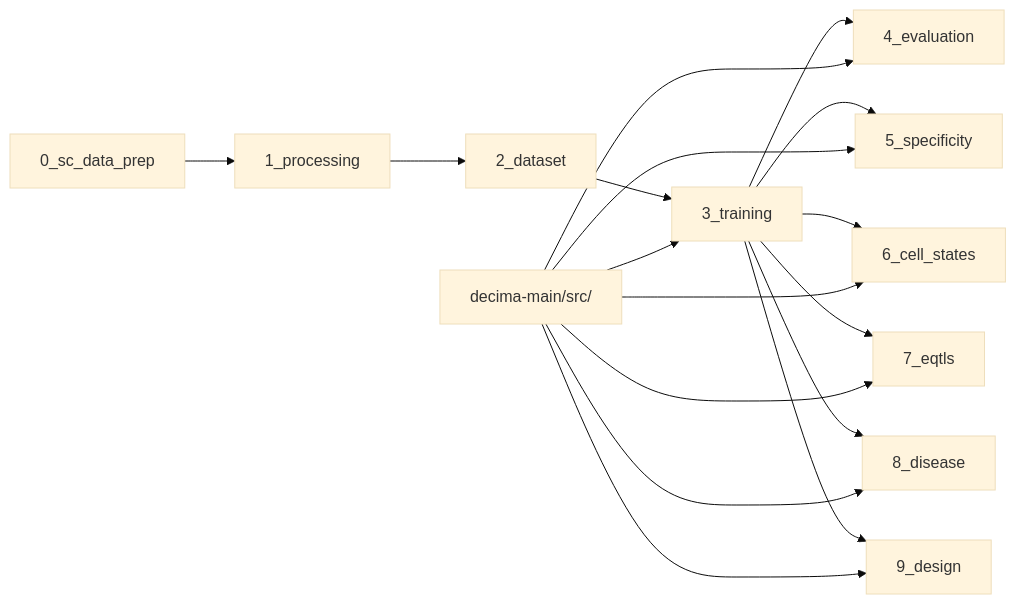
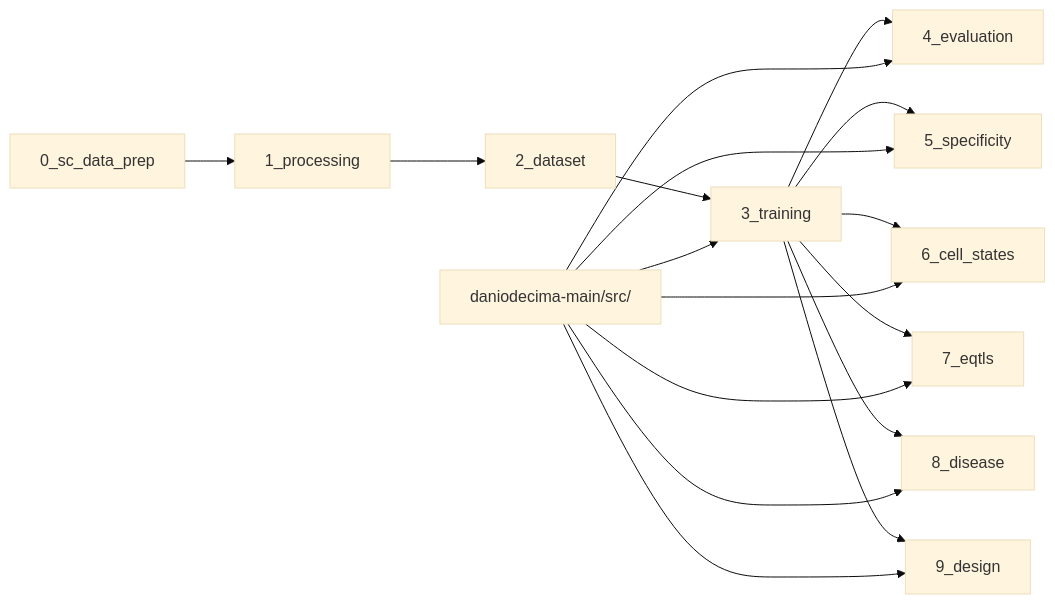
The second of 3 diagrams in documents/DECIMA_STRUCTURE_ANALYSIS.md (czbiohub-sf/DanioDecima), drawn with Mermaid (base theme) before and after one commit. The commit also changed other lines of this file and 29 other files, not shown here.

````diff
--- a/documents/DECIMA_STRUCTURE_ANALYSIS.md
+++ b/documents/DECIMA_STRUCTURE_ANALYSIS.md
@@ -165,20 +165,20 @@
 ```mermaid
 graph LR
     A[0_sc_data_prep] --> B[1_processing]
     B --> C[2_dataset]
     C --> D[3_training]
     D --> E[4_evaluation]
     D --> F[5_specificity]
     D --> G[6_cell_states]
     D --> H[7_eqtls]
     D --> I[8_disease]
     D --> J[9_design]
     
-    K[decima-main/src/] --> D
+    K[daniodecima-main/src/] --> D
     K --> E
     K --> F
     K --> G
     K --> H
     K --> I
     K --> J
 ```
````
